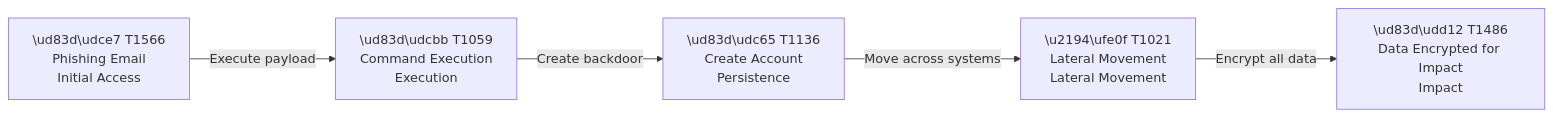
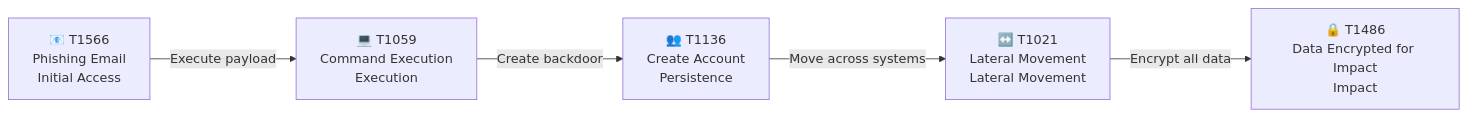
One commit to AurelienKumarathas/Complete-threat-model-for-healthcare-application changed the third of 5 diagrams in reports/analyses/mitre-mapping.md. Above: the diagram before and after it, drawn with Mermaid. The commit also changed other lines of this file and 3 other files, not shown here.

````diff
--- a/reports/analyses/mitre-mapping.md
+++ b/reports/analyses/mitre-mapping.md
@@ -150,7 +150,7 @@
 ```mermaid
 flowchart LR
-    A["\ud83d\udce7 T1566\nPhishing Email\nInitial Access"] -->|Execute payload| B["\ud83d\udcbb T1059\nCommand Execution\nExecution"]
-    B -->|Create backdoor| C["\ud83d\udc65 T1136\nCreate Account\nPersistence"]
-    C -->|Move across systems| D["\u2194\ufe0f T1021\nLateral Movement\nLateral Movement"]
-    D -->|Encrypt all data| E["\ud83d\udd12 T1486\nData Encrypted for Impact\nImpact"]
+    A["📧 T1566\nPhishing Email\nInitial Access"] -->|Execute payload| B["💻 T1059\nCommand Execution\nExecution"]
+    B -->|Create backdoor| C["👥 T1136\nCreate Account\nPersistence"]
+    C -->|Move across systems| D["↔️ T1021\nLateral Movement\nLateral Movement"]
+    D -->|Encrypt all data| E["🔒 T1486\nData Encrypted for Impact\nImpact"]
 ```
````
